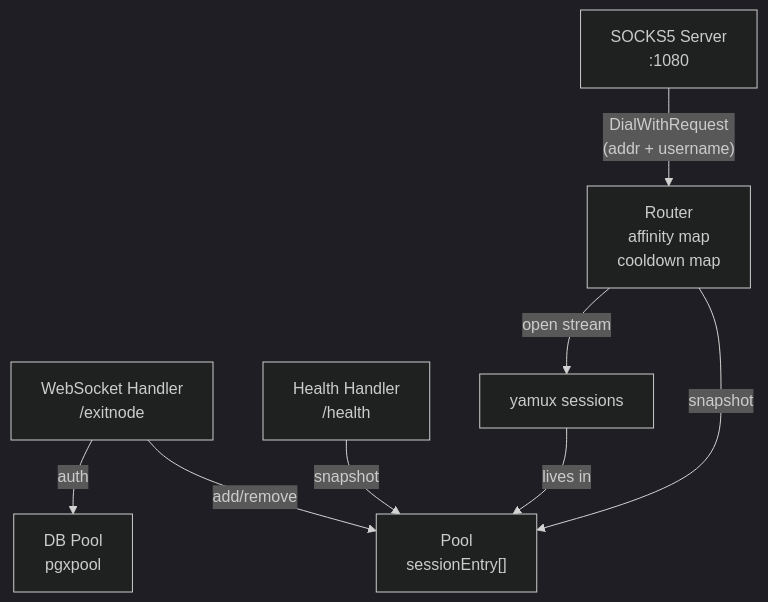
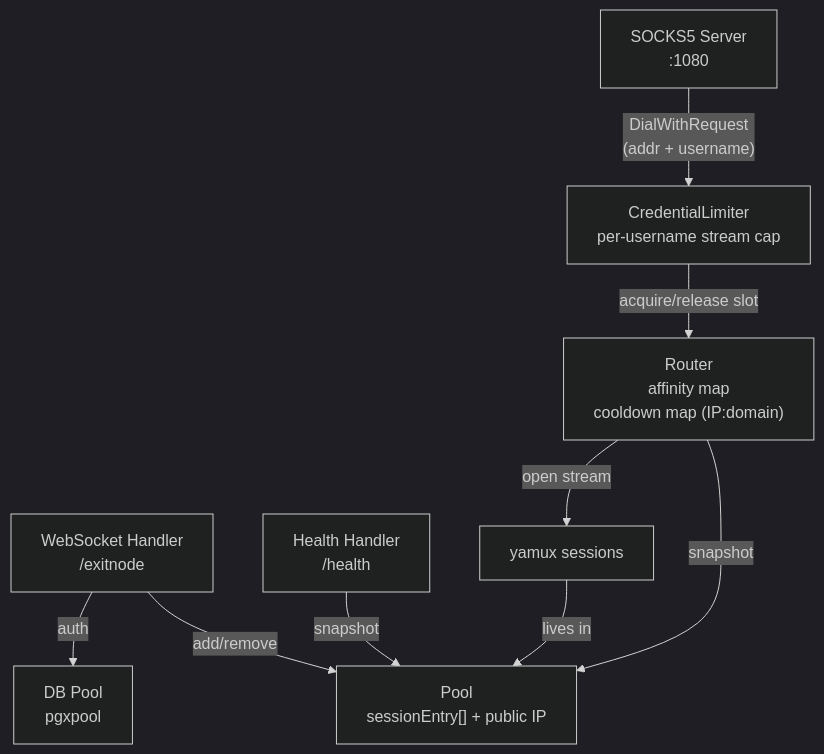
One commit to mrggvg/ambush changed the third of 5 diagrams in docs/architecture.md. Above: the diagram before and after it, drawn with Mermaid (dark theme). The commit also changed 10 other files, not shown here.

````diff
--- a/docs/architecture.md
+++ b/docs/architecture.md
@@ -57,18 +57,20 @@
 ```mermaid
 graph TD
     WS["WebSocket Handler\n/exitnode"]
     SOCKS["SOCKS5 Server\n:1080"]
     HEALTH["Health Handler\n/health"]
-    POOL["Pool\nsessionEntry[]"]
-    ROUTER["Router\naffinity map\ncooldown map"]
+    POOL["Pool\nsessionEntry[] + public IP"]
+    ROUTER["Router\naffinity map\ncooldown map (IP:domain)"]
+    LIMITER["CredentialLimiter\nper-username stream cap"]
     DB["DB Pool\npgxpool"]
     YAMUX["yamux sessions"]
 
     WS -->|add/remove| POOL
     WS -->|auth| DB
-    SOCKS -->|"DialWithRequest\n(addr + username)"| ROUTER
+    SOCKS -->|"DialWithRequest\n(addr + username)"| LIMITER
+    LIMITER -->|acquire/release slot| ROUTER
     ROUTER -->|snapshot| POOL
     ROUTER -->|open stream| YAMUX
     HEALTH -->|snapshot| POOL
     YAMUX -->|lives in| POOL
 ```
````
